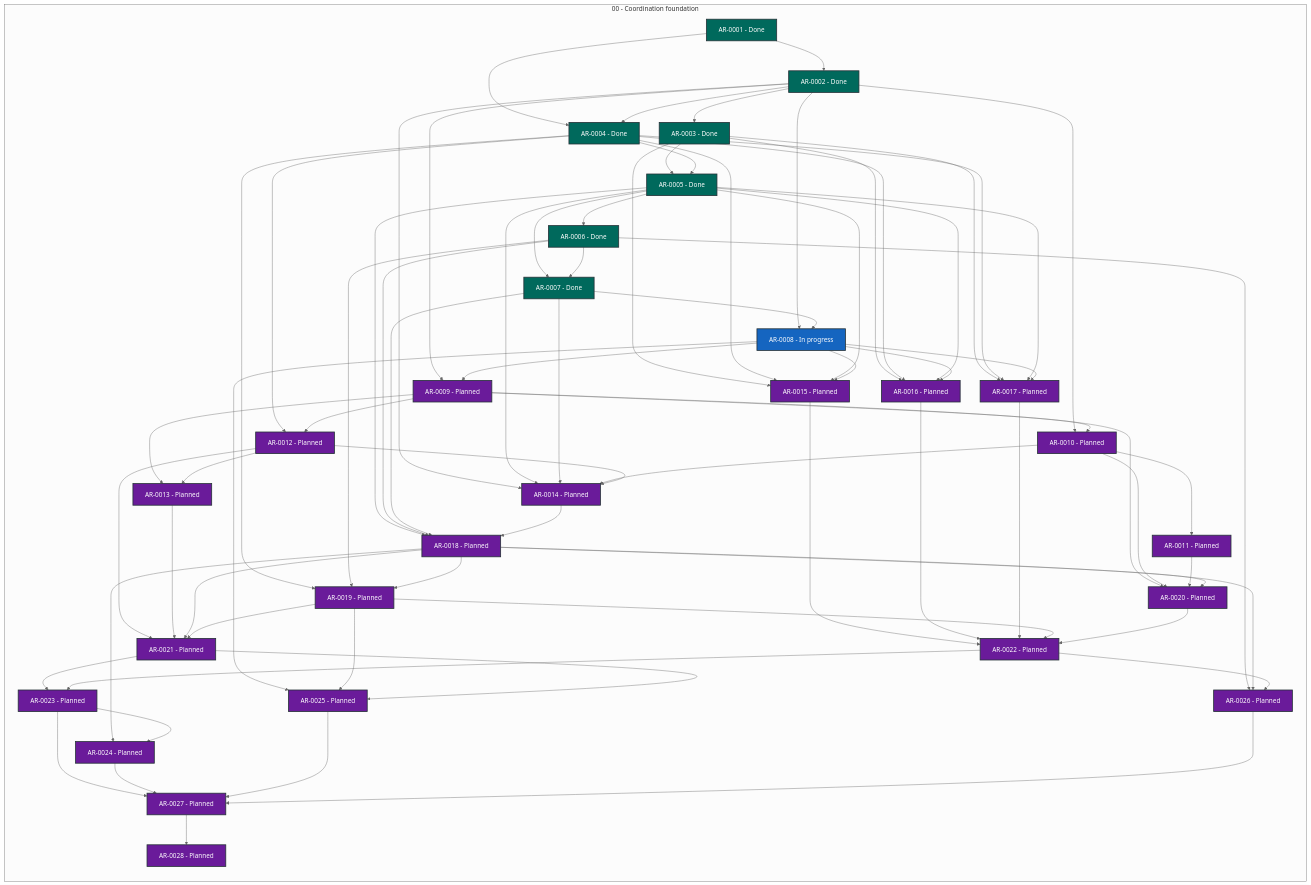
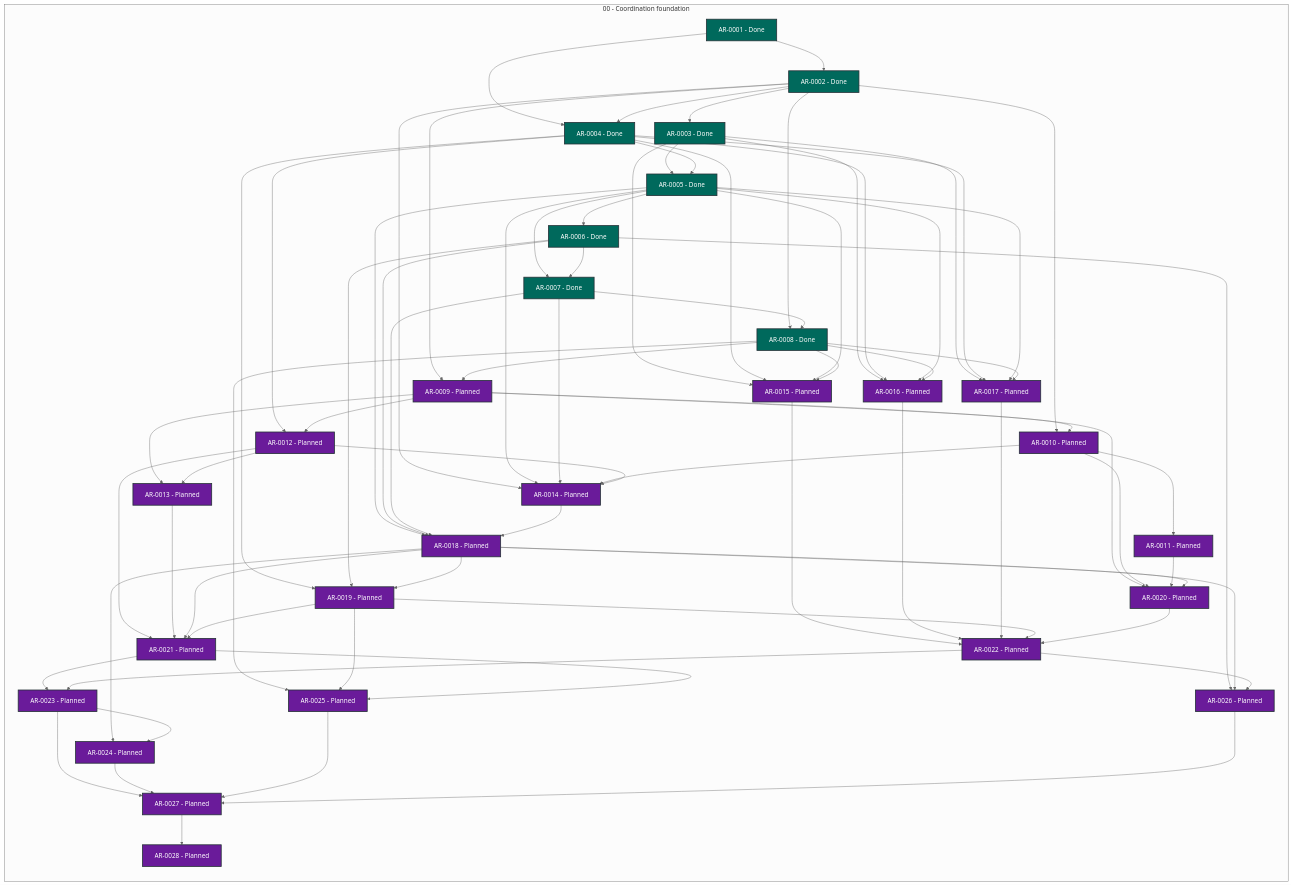
The diagram in STATUS.md (martin-beck/agent-workflow-runtime-state), drawn with Mermaid (neutral theme) before and after one commit. The commit also changed other lines of this file and 2 other files, not shown here.

```diff
--- a/STATUS.md
+++ b/STATUS.md
@@ -35,7 +35,7 @@
         AR_0005["AR-0005 - Done"]:::status_done
         AR_0006["AR-0006 - Done"]:::status_done
         AR_0007["AR-0007 - Done"]:::status_done
-        AR_0008["AR-0008 - In progress"]:::status_in_progress
+        AR_0008["AR-0008 - Done"]:::status_done
         AR_0009["AR-0009 - Planned"]:::status_planned
         AR_0010["AR-0010 - Planned"]:::status_planned
         AR_0011["AR-0011 - Planned"]:::status_planned
```
